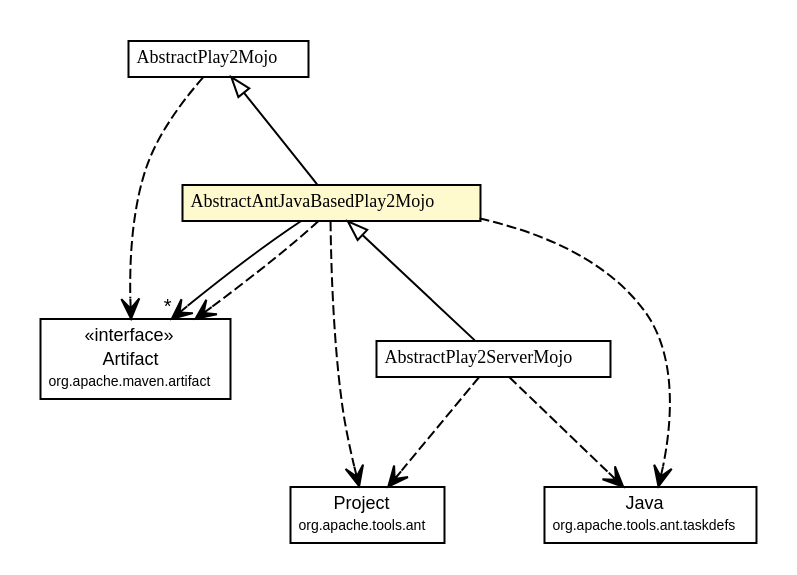
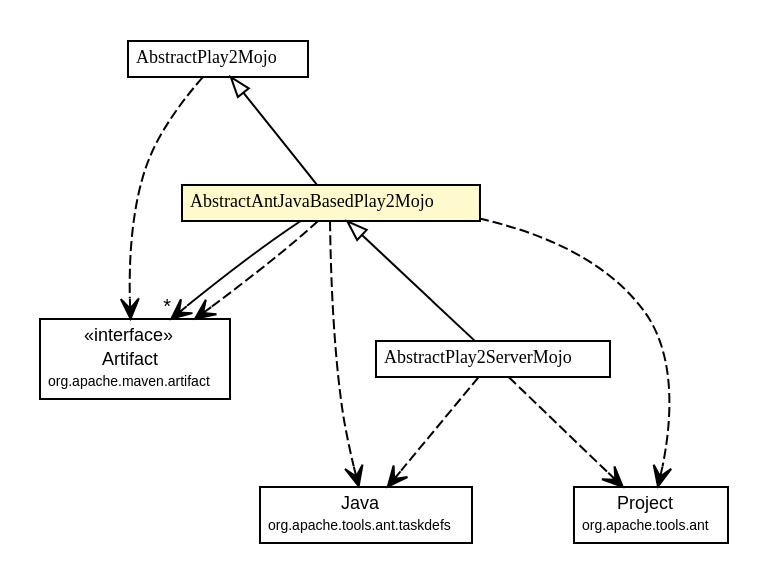
Before and after one commit to wouterhardeman/play2-maven-plugin: the diagram in mavensite/1.0.0-alpha7-SNAPSHOT/play2-maven-plugin/apidocs/com/google/code/play2/plugin/AbstractAntJavaBasedPlay2Mojo.dot, drawn with Graphviz. The commit also changed 227 other files, not shown here.

```diff
--- a/mavensite/1.0.0-alpha7-SNAPSHOT/play2-maven-plugin/apidocs/com/google/code/play2/plugin/AbstractAntJavaBasedPlay2Mojo.dot
+++ b/mavensite/1.0.0-alpha7-SNAPSHOT/play2-maven-plugin/apidocs/com/google/code/play2/plugin/AbstractAntJavaBasedPlay2Mojo.dot
@@ -1,70 +1,70 @@
 #!/usr/local/bin/dot
 #
 # Class diagram 
 # Generated by UMLGraph version R5_6-24-gf6e263 (http://www.umlgraph.org/)
 #
 
 digraph G {
 	edge [fontname="arial",fontsize=10,labelfontname="arial",labelfontsize=10];
 	node [fontname="arial",fontsize=10,shape=plaintext];
 	nodesep=0.25;
 	ranksep=0.5;
 	// com.google.code.play2.plugin.AbstractPlay2ServerMojo
 	c82 [label=<<table title="com.google.code.play2.plugin.AbstractPlay2ServerMojo" border="0" cellborder="1" cellspacing="0" cellpadding="2" port="p" href="./AbstractPlay2ServerMojo.html">
 		<tr><td><table border="0" cellspacing="0" cellpadding="1">
 <tr><td align="center" balign="center"><font face="arial italic"> AbstractPlay2ServerMojo </font></td></tr>
 		</table></td></tr>
 		</table>>, URL="./AbstractPlay2ServerMojo.html", fontname="arial", fontcolor="black", fontsize=9.0];
 	// com.google.code.play2.plugin.AbstractPlay2Mojo
 	c94 [label=<<table title="com.google.code.play2.plugin.AbstractPlay2Mojo" border="0" cellborder="1" cellspacing="0" cellpadding="2" port="p" href="./AbstractPlay2Mojo.html">
 		<tr><td><table border="0" cellspacing="0" cellpadding="1">
 <tr><td align="center" balign="center"><font face="arial italic"> AbstractPlay2Mojo </font></td></tr>
 		</table></td></tr>
 		</table>>, URL="./AbstractPlay2Mojo.html", fontname="arial", fontcolor="black", fontsize=9.0];
 	// com.google.code.play2.plugin.AbstractAntJavaBasedPlay2Mojo
 	c108 [label=<<table title="com.google.code.play2.plugin.AbstractAntJavaBasedPlay2Mojo" border="0" cellborder="1" cellspacing="0" cellpadding="2" port="p" bgcolor="lemonChiffon" href="./AbstractAntJavaBasedPlay2Mojo.html">
 		<tr><td><table border="0" cellspacing="0" cellpadding="1">
 <tr><td align="center" balign="center"><font face="arial italic"> AbstractAntJavaBasedPlay2Mojo </font></td></tr>
 		</table></td></tr>
 		</table>>, URL="./AbstractAntJavaBasedPlay2Mojo.html", fontname="arial", fontcolor="black", fontsize=9.0];
 	//com.google.code.play2.plugin.AbstractPlay2ServerMojo extends com.google.code.play2.plugin.AbstractAntJavaBasedPlay2Mojo
 	c108:p -> c82:p [dir=back,arrowtail=empty];
 	//com.google.code.play2.plugin.AbstractAntJavaBasedPlay2Mojo extends com.google.code.play2.plugin.AbstractPlay2Mojo
 	c94:p -> c108:p [dir=back,arrowtail=empty];
 	// com.google.code.play2.plugin.AbstractAntJavaBasedPlay2Mojo NAVASSOC org.apache.maven.artifact.Artifact
 	c108:p -> c154:p [taillabel="", label="", headlabel="*", fontname="arial", fontcolor="black", fontsize=10.0, color="black", arrowhead=open];
+	// com.google.code.play2.plugin.AbstractPlay2ServerMojo DEPEND org.apache.tools.ant.taskdefs.Java
+	c82:p -> c177:p [taillabel="", label="", headlabel="", fontname="arial", fontcolor="black", fontsize=10.0, color="black", arrowhead=open, style=dashed];
 	// com.google.code.play2.plugin.AbstractPlay2ServerMojo DEPEND org.apache.tools.ant.Project
-	c82:p -> c168:p [taillabel="", label="", headlabel="", fontname="arial", fontcolor="black", fontsize=10.0, color="black", arrowhead=open, style=dashed];
-	// com.google.code.play2.plugin.AbstractPlay2ServerMojo DEPEND org.apache.tools.ant.taskdefs.Java
 	c82:p -> c187:p [taillabel="", label="", headlabel="", fontname="arial", fontcolor="black", fontsize=10.0, color="black", arrowhead=open, style=dashed];
 	// com.google.code.play2.plugin.AbstractPlay2Mojo DEPEND org.apache.maven.artifact.Artifact
 	c94:p -> c154:p [taillabel="", label="", headlabel="", fontname="arial", fontcolor="black", fontsize=10.0, color="black", arrowhead=open, style=dashed];
-	// com.google.code.play2.plugin.AbstractAntJavaBasedPlay2Mojo DEPEND org.apache.tools.ant.Project
-	c108:p -> c168:p [taillabel="", label="", headlabel="", fontname="arial", fontcolor="black", fontsize=10.0, color="black", arrowhead=open, style=dashed];
 	// com.google.code.play2.plugin.AbstractAntJavaBasedPlay2Mojo DEPEND org.apache.tools.ant.taskdefs.Java
-	c108:p -> c187:p [taillabel="", label="", headlabel="", fontname="arial", fontcolor="black", fontsize=10.0, color="black", arrowhead=open, style=dashed];
+	c108:p -> c177:p [taillabel="", label="", headlabel="", fontname="arial", fontcolor="black", fontsize=10.0, color="black", arrowhead=open, style=dashed];
 	// com.google.code.play2.plugin.AbstractAntJavaBasedPlay2Mojo DEPEND org.apache.maven.artifact.Artifact
 	c108:p -> c154:p [taillabel="", label="", headlabel="", fontname="arial", fontcolor="black", fontsize=10.0, color="black", arrowhead=open, style=dashed];
+	// com.google.code.play2.plugin.AbstractAntJavaBasedPlay2Mojo DEPEND org.apache.tools.ant.Project
+	c108:p -> c187:p [taillabel="", label="", headlabel="", fontname="arial", fontcolor="black", fontsize=10.0, color="black", arrowhead=open, style=dashed];
 	// org.apache.tools.ant.taskdefs.Java
-	c187 [label=<<table title="org.apache.tools.ant.taskdefs.Java" border="0" cellborder="1" cellspacing="0" cellpadding="2" port="p" href="http://maven-play-plugin.googlecode.com/svn/apidocs/org/apache/ant/ant/1.9.0/org/apache/tools/ant/taskdefs/Java.html">
+	c177 [label=<<table title="org.apache.tools.ant.taskdefs.Java" border="0" cellborder="1" cellspacing="0" cellpadding="2" port="p" href="http://maven-play-plugin.googlecode.com/svn/apidocs/org/apache/ant/ant/1.9.0/org/apache/tools/ant/taskdefs/Java.html">
 		<tr><td><table border="0" cellspacing="0" cellpadding="1">
 <tr><td align="center" balign="center"> Java </td></tr>
 <tr><td align="center" balign="center"><font point-size="7.0"> org.apache.tools.ant.taskdefs </font></td></tr>
 		</table></td></tr>
 		</table>>, URL="http://maven-play-plugin.googlecode.com/svn/apidocs/org/apache/ant/ant/1.9.0/org/apache/tools/ant/taskdefs/Java.html", fontname="arial", fontcolor="black", fontsize=9.0];
 	// org.apache.tools.ant.Project
-	c168 [label=<<table title="org.apache.tools.ant.Project" border="0" cellborder="1" cellspacing="0" cellpadding="2" port="p" href="http://maven-play-plugin.googlecode.com/svn/apidocs/org/apache/ant/ant/1.9.0/org/apache/tools/ant/Project.html">
+	c187 [label=<<table title="org.apache.tools.ant.Project" border="0" cellborder="1" cellspacing="0" cellpadding="2" port="p" href="http://maven-play-plugin.googlecode.com/svn/apidocs/org/apache/ant/ant/1.9.0/org/apache/tools/ant/Project.html">
 		<tr><td><table border="0" cellspacing="0" cellpadding="1">
 <tr><td align="center" balign="center"> Project </td></tr>
 <tr><td align="center" balign="center"><font point-size="7.0"> org.apache.tools.ant </font></td></tr>
 		</table></td></tr>
 		</table>>, URL="http://maven-play-plugin.googlecode.com/svn/apidocs/org/apache/ant/ant/1.9.0/org/apache/tools/ant/Project.html", fontname="arial", fontcolor="black", fontsize=9.0];
 	// org.apache.maven.artifact.Artifact
 	c154 [label=<<table title="org.apache.maven.artifact.Artifact" border="0" cellborder="1" cellspacing="0" cellpadding="2" port="p" href="http://maven.apache.org/ref/2.2.1/maven-artifact/apidocs/org/apache/maven/artifact/Artifact.html">
 		<tr><td><table border="0" cellspacing="0" cellpadding="1">
 <tr><td align="center" balign="center"> &#171;interface&#187; </td></tr>
 <tr><td align="center" balign="center"> Artifact </td></tr>
 <tr><td align="center" balign="center"><font point-size="7.0"> org.apache.maven.artifact </font></td></tr>
 		</table></td></tr>
 		</table>>, URL="http://maven.apache.org/ref/2.2.1/maven-artifact/apidocs/org/apache/maven/artifact/Artifact.html", fontname="arial", fontcolor="black", fontsize=9.0];
 }
```
